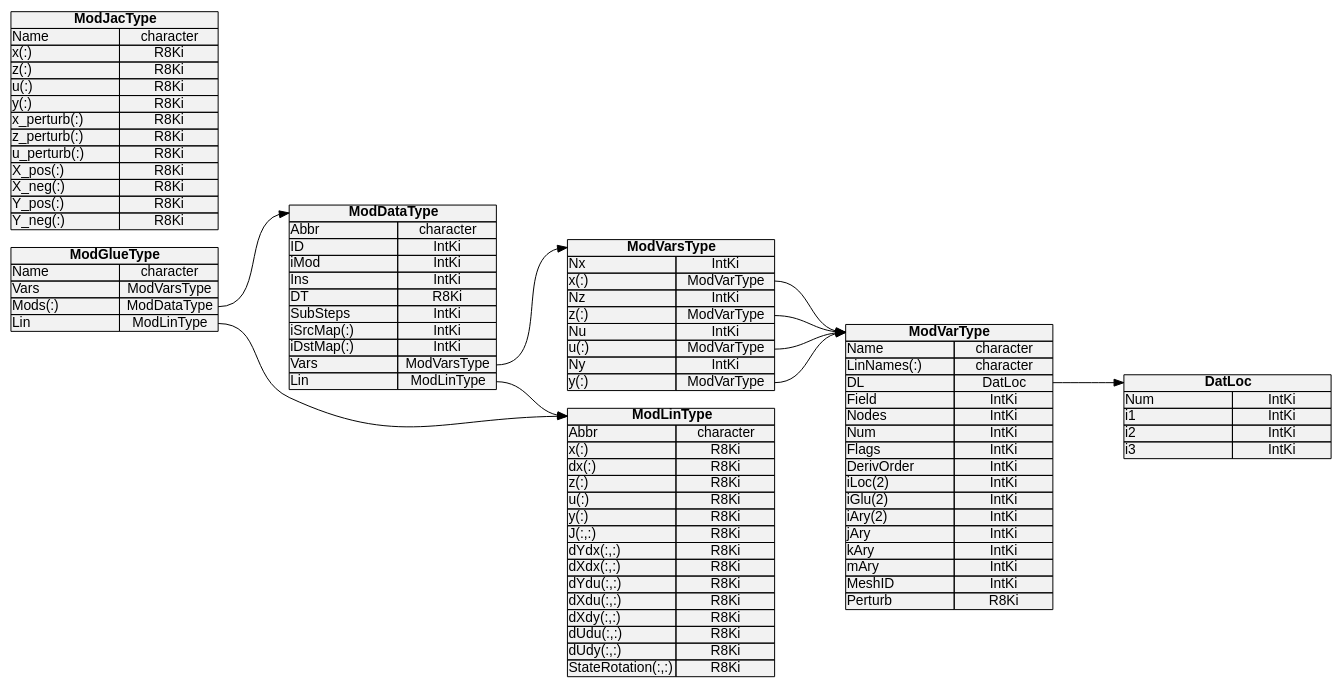
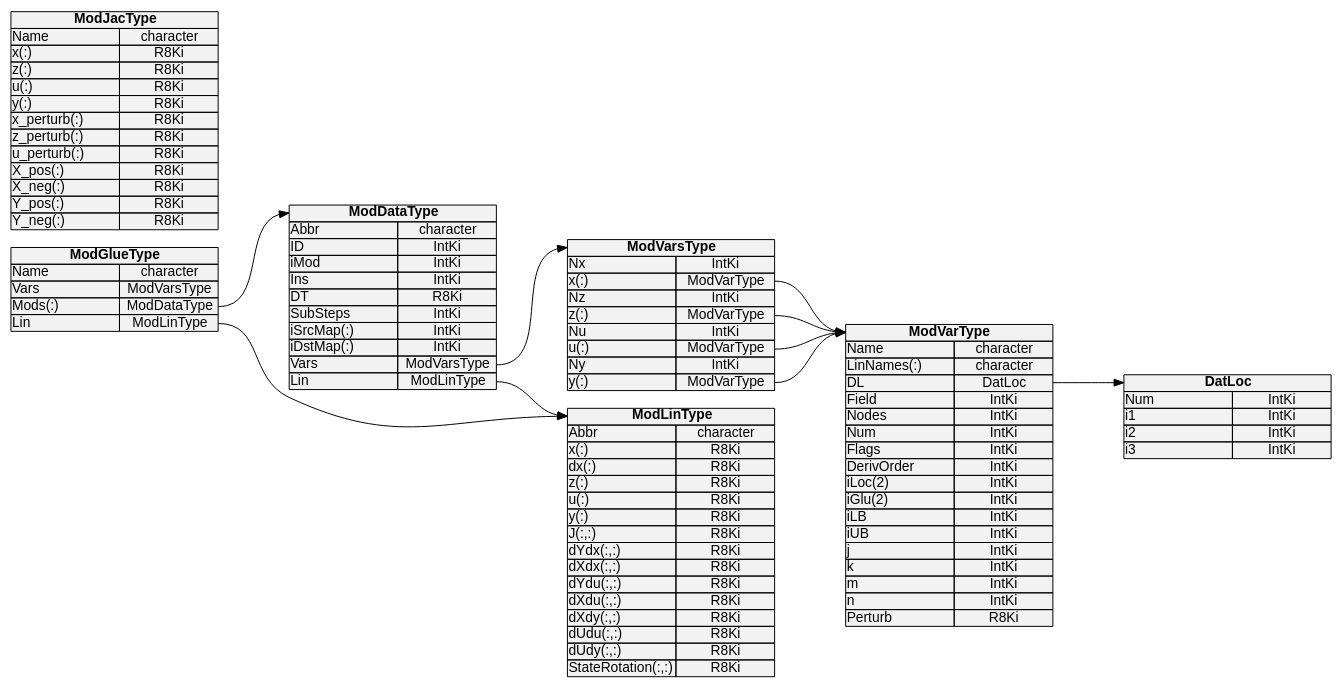
The diagram in docs/source/user/glue/modvar.dot (OpenFAST/openfast), drawn with Graphviz before and after one commit. The commit also changed 67 other files, not shown here.

```diff
--- a/docs/source/user/glue/modvar.dot
+++ b/docs/source/user/glue/modvar.dot
@@ -1,120 +1,121 @@
 digraph UML_Class_diagram {
     graph [fontname = "Helvetica,Arial,sans-serif"; rankdir = LR; ranksep = 1]
     node [fontname = "Helvetica,Arial,sans-serif"; shape = record; style = filled; fillcolor = gray95]
     edge [fontname = "Helvetica,Arial,sans-serif"]
     
     
     
     DatLoc [shape = plain;label = <<table border="0" cellborder="1" cellspacing="0" cellpadding="0">
         <tr><td colspan="2" port="header"> <b>DatLoc</b> </td></tr>
         <tr><td align="left" width="110">Num</td><td width="100">IntKi</td></tr>
         <tr><td align="left">i1</td><td>IntKi</td></tr>
         <tr><td align="left">i2</td><td>IntKi</td></tr>
         <tr><td align="left">i3</td><td>IntKi</td></tr>
         </table>>]
     
     ModVarType [shape = plain;label = <<table border="0" cellborder="1" cellspacing="0" cellpadding="0">
         <tr><td colspan="2" port="header"> <b>ModVarType</b> </td></tr>
         <tr><td align="left" width="110">Name</td><td width="100">character</td></tr>
         <tr><td align="left">LinNames(:)</td><td>character</td></tr>
         <tr><td align="left">DL</td><td port="DatLoc">DatLoc</td></tr>
         <tr><td align="left">Field</td><td>IntKi</td></tr>
         <tr><td align="left">Nodes</td><td>IntKi</td></tr>
         <tr><td align="left">Num</td><td>IntKi</td></tr>
         <tr><td align="left">Flags</td><td>IntKi</td></tr>
         <tr><td align="left">DerivOrder</td><td>IntKi</td></tr>
         <tr><td align="left">iLoc(2)</td><td>IntKi</td></tr>
         <tr><td align="left">iGlu(2)</td><td>IntKi</td></tr>
-        <tr><td align="left">iAry(2)</td><td>IntKi</td></tr>
-        <tr><td align="left">jAry</td><td>IntKi</td></tr>
-        <tr><td align="left">kAry</td><td>IntKi</td></tr>
-        <tr><td align="left">mAry</td><td>IntKi</td></tr>
-        <tr><td align="left">MeshID</td><td>IntKi</td></tr>
+        <tr><td align="left">iLB</td><td>IntKi</td></tr>
+        <tr><td align="left">iUB</td><td>IntKi</td></tr>
+        <tr><td align="left">j</td><td>IntKi</td></tr>
+        <tr><td align="left">k</td><td>IntKi</td></tr>
+        <tr><td align="left">m</td><td>IntKi</td></tr>
+        <tr><td align="left">n</td><td>IntKi</td></tr>
         <tr><td align="left">Perturb</td><td>R8Ki</td></tr>
         </table>>]
     
     ModVarsType [shape = plain;label = <<table border="0" cellborder="1" cellspacing="0" cellpadding="0">
         <tr><td colspan="2" port="header"> <b>ModVarsType</b> </td></tr>
         <tr><td align="left" width="110">Nx</td><td width="100">IntKi</td></tr>
         <tr><td align="left">x(:)</td><td port="x">ModVarType</td></tr>
         <tr><td align="left">Nz</td><td>IntKi</td></tr>
         <tr><td align="left">z(:)</td><td port="z">ModVarType</td></tr>
         <tr><td align="left">Nu</td><td>IntKi</td></tr>
         <tr><td align="left">u(:)</td><td port="u">ModVarType</td></tr>
         <tr><td align="left">Ny</td><td>IntKi</td></tr>
         <tr><td align="left">y(:)</td><td port="y">ModVarType</td></tr>
         </table>>]
 
     ModLinType [shape = plain;label = <<table border="0" cellborder="1" cellspacing="0" cellpadding="0">
         <tr><td colspan="2" port="header"> <b>ModLinType</b> </td></tr>
         <tr><td align="left" width="110">Abbr</td><td width="100">character</td></tr>
         <tr><td align="left">x(:)</td><td>R8Ki</td></tr>
         <tr><td align="left">dx(:)</td><td>R8Ki</td></tr>
         <tr><td align="left">z(:)</td><td>R8Ki</td></tr>
         <tr><td align="left">u(:)</td><td>R8Ki</td></tr>
         <tr><td align="left">y(:)</td><td>R8Ki</td></tr>
         <tr><td align="left">J(:,:)</td><td>R8Ki</td></tr>
         <tr><td align="left">dYdx(:,:)</td><td>R8Ki</td></tr>
         <tr><td align="left">dXdx(:,:)</td><td>R8Ki</td></tr>
         <tr><td align="left">dYdu(:,:)</td><td>R8Ki</td></tr>
         <tr><td align="left">dXdu(:,:)</td><td>R8Ki</td></tr>
         <tr><td align="left">dXdy(:,:)</td><td>R8Ki</td></tr>
         <tr><td align="left">dUdu(:,:)</td><td>R8Ki</td></tr>
         <tr><td align="left">dUdy(:,:)</td><td>R8Ki</td></tr>
         <tr><td align="left">StateRotation(:,:)</td><td>R8Ki</td></tr>
         </table>>]
     
     ModDataType [shape = plain;label = <<table border="0" cellborder="1" cellspacing="0" cellpadding="0">
         <tr><td colspan="2" port="header"> <b>ModDataType</b> </td></tr>
         <tr><td align="left" width="110">Abbr</td><td width="100">character</td></tr>
         <tr><td align="left">ID</td><td>IntKi</td></tr>
         <tr><td align="left">iMod</td><td>IntKi</td></tr>
         <tr><td align="left">Ins</td><td>IntKi</td></tr>
         <tr><td align="left">DT</td><td>R8Ki</td></tr>
         <tr><td align="left">SubSteps</td><td>IntKi</td></tr>
         <tr><td align="left">iSrcMap(:)</td><td>IntKi</td></tr>
         <tr><td align="left">iDstMap(:)</td><td>IntKi</td></tr>
         <tr><td align="left">Vars</td><td port="Vars">ModVarsType</td></tr>
         <tr><td align="left">Lin</td><td port="Lin">ModLinType</td></tr>
         </table>>]
     
     ModGlueType [shape = plain;label = <<table border="0" cellborder="1" cellspacing="0" cellpadding="0">
         <tr><td colspan="2" port="header"> <b>ModGlueType</b> </td></tr>
         <tr><td align="left" width="110">Name</td><td width="100">character</td></tr>
         <tr><td align="left">Vars</td><td port="Vars">ModVarsType</td></tr>
         <tr><td align="left">Mods(:)</td><td port="Mods">ModDataType</td></tr>
         <tr><td align="left">Lin</td><td port="Lin">ModLinType</td></tr>
         </table>>]
     
     ModVarType:DatLoc:e -> DatLoc:header:w;
     ModVarsType:x:e -> ModVarType:header:w;
     ModVarsType:z:e -> ModVarType:header:w;
     ModVarsType:u:e -> ModVarType:header:w;
     ModVarsType:y:e -> ModVarType:header:w;
     
     ModDataType:Vars:e -> ModVarsType:header:w;
 
     ModDataType:Lin:e -> ModLinType:header:w;
 
     ModGlueType:Mods:e -> ModDataType:header:w;
     ModGlueType:Lin:e -> ModLinType:header:w;
 
 
 
     ModJacType [shape = plain;label = <<table border="0" cellborder="1" cellspacing="0" cellpadding="0">
         <tr><td colspan="2" port="header"> <b>ModJacType</b> </td></tr>
         <tr><td align="left" width="110">Name</td><td width="100">character</td></tr>
         <tr><td align="left">x(:)</td><td>R8Ki</td></tr>
         <tr><td align="left">z(:)</td><td>R8Ki</td></tr>
         <tr><td align="left">u(:)</td><td>R8Ki</td></tr>
         <tr><td align="left">y(:)</td><td>R8Ki</td></tr>
         <tr><td align="left">x_perturb(:)</td><td>R8Ki</td></tr>
         <tr><td align="left">z_perturb(:)</td><td>R8Ki</td></tr>
         <tr><td align="left">u_perturb(:)</td><td>R8Ki</td></tr>
         <tr><td align="left">X_pos(:)</td><td>R8Ki</td></tr>
         <tr><td align="left">X_neg(:)</td><td>R8Ki</td></tr>
         <tr><td align="left">Y_pos(:)</td><td>R8Ki</td></tr>
         <tr><td align="left">Y_neg(:)</td><td>R8Ki</td></tr>
         </table>>]
 
 }
```
